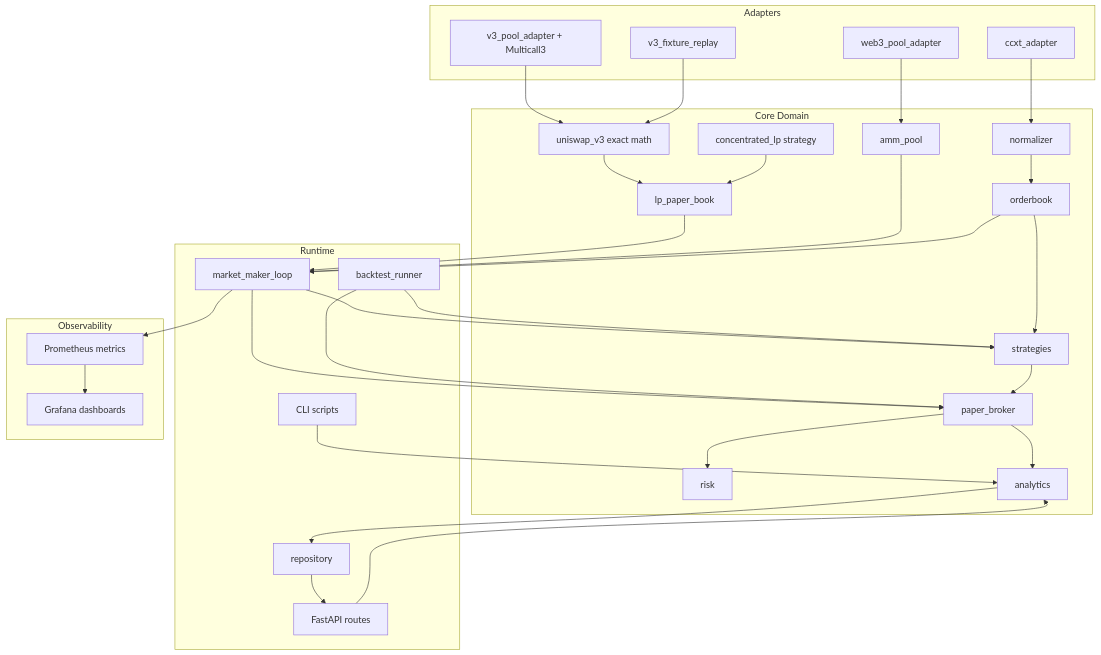
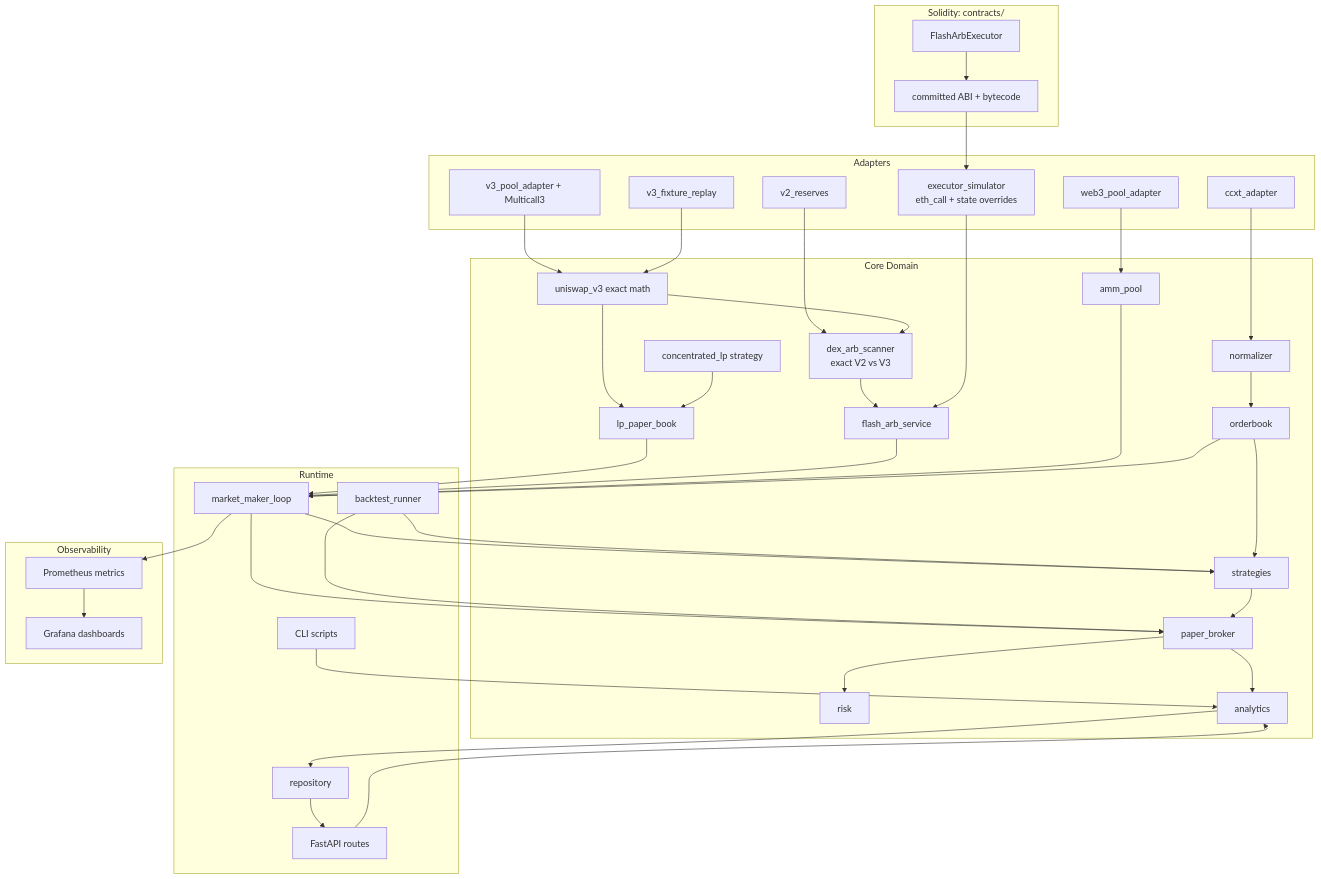
Before and after one commit to hudsonferraz/crypto-mm-lab: the diagram in docs/architecture.md, drawn with Mermaid. The commit also changed other lines of this file and 10 other files, not shown here.

First line of the commit message:
docs: explain the flash-arb design and record its evidence

````diff
--- a/docs/architecture.md
+++ b/docs/architecture.md
@@ -7,58 +7,73 @@
 ```mermaid
 flowchart TB
   subgraph adapters [Adapters]
     CCXT[ccxt_adapter]
     Web3[web3_pool_adapter]
     V3A[v3_pool_adapter + Multicall3]
     V3R[v3_fixture_replay]
+    V2R[v2_reserves]
+    XSim[executor_simulator<br/>eth_call + state overrides]
   end
 
   subgraph core [Core Domain]
     Norm[normalizer]
     OB[orderbook]
     AMM[amm_pool]
     V3M[uniswap_v3 exact math]
     LPS[concentrated_lp strategy]
     LPB[lp_paper_book]
+    DXS[dex_arb_scanner<br/>exact V2 vs V3]
+    FAS[flash_arb_service]
     Strat[strategies]
     Exec[paper_broker]
     Risk[risk]
     Analytics[analytics]
   end
 
   subgraph runtime [Runtime]
     Loop[market_maker_loop]
     Backtest[backtest_runner]
     API[FastAPI routes]
     CLI[CLI scripts]
     Repo[repository]
   end
 
+  subgraph chain [Solidity: contracts/]
+    FAE[FlashArbExecutor]
+    Art[committed ABI + bytecode]
+  end
+
   subgraph observability [Observability]
     Prom[Prometheus metrics]
     Graf[Grafana dashboards]
   end
 
   CCXT --> Norm --> OB
   Web3 --> AMM
   V3A --> V3M
   V3R --> V3M
   V3M --> LPB
   LPS --> LPB
   LPB --> Loop
+  V2R --> DXS
+  V3M --> DXS
+  DXS --> FAS
+  XSim --> FAS
+  FAE --> Art --> XSim
+  FAS --> Loop
   OB --> Strat --> Exec
   AMM --> Loop
   OB --> Loop
   Exec --> Risk
   Exec --> Analytics
   Analytics --> Repo
   Loop --> Strat
   Loop --> Exec
   Loop --> Prom
   Backtest --> Strat
   Backtest --> Exec
   API --> Analytics
   CLI --> Analytics
   Repo --> API
   Prom --> Graf
 ```
````
